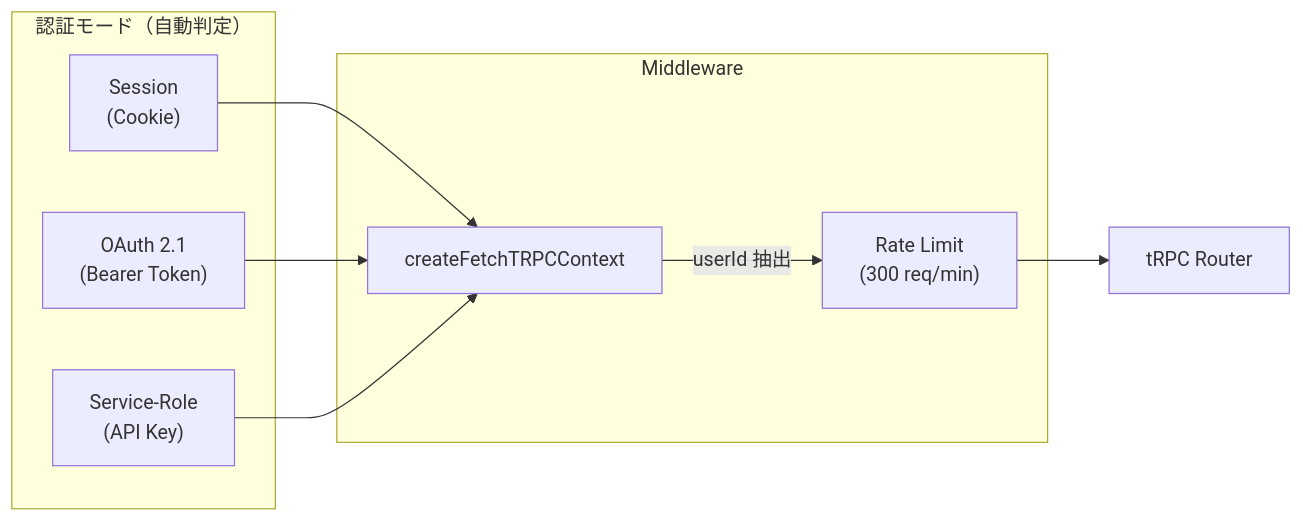
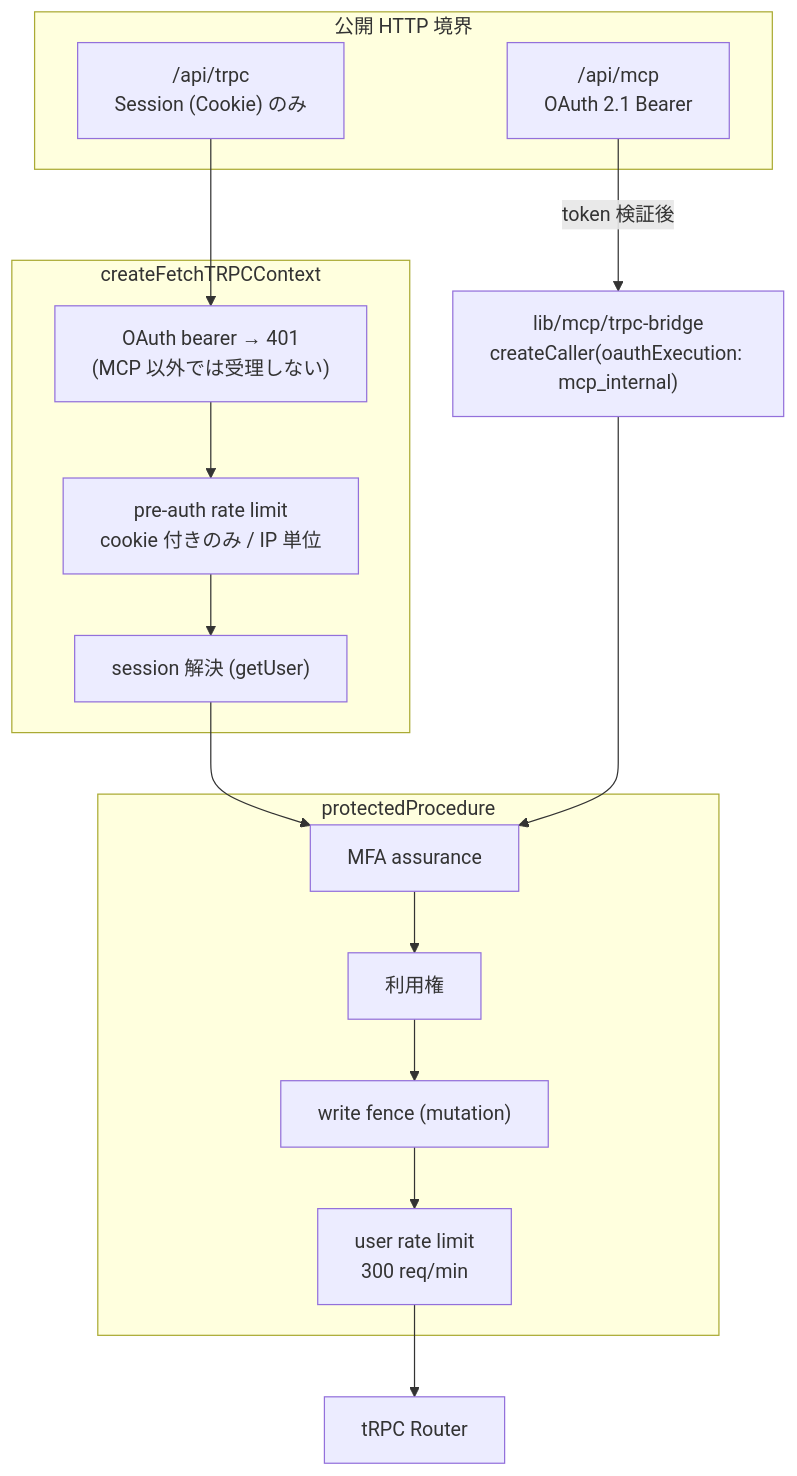
One commit to Dayopt/dayopt changed the second of 6 diagrams in docs/engineering/architecture.md. Above: the diagram before and after it, drawn with Mermaid. The commit also changed other lines of this file and 4 other files, not shown here.

````diff
--- a/docs/engineering/architecture.md
+++ b/docs/engineering/architecture.md
@@ -103,19 +107,26 @@
 ```mermaid
-graph LR
-subgraph AuthModes["認証モード（自動判定）"]
-S["Session<br/>(Cookie)"]
-O["OAuth 2.1<br/>(Bearer Token)"]
-SR["Service-Role<br/>(API Key)"]
-end
-
-    subgraph Middleware
-        CTX["createFetchTRPCContext"]
-        RL["Rate Limit<br/>(300 req/min)"]
+graph TD
+    subgraph Public["公開 HTTP 境界"]
+        TRPC["/api/trpc<br/>Session (Cookie) のみ"]
+        MCP["/api/mcp<br/>OAuth 2.1 Bearer"]
     end
 
-    S --> CTX
-    O --> CTX
-    SR --> CTX
-    CTX -->|"userId 抽出"| RL
-    RL --> Router["tRPC Router"]
+    subgraph Ctx["createFetchTRPCContext"]
+        REJECT["OAuth bearer → 401<br/>(MCP 以外では受理しない)"]
+        PRE["pre-auth rate limit<br/>cookie 付きのみ / IP 単位"]
+        SESSION["session 解決 (getUser)"]
+    end
+
+    subgraph Proc["protectedProcedure"]
+        MFA["MFA assurance"]
+        BILLING["利用権"]
+        FENCE["write fence (mutation)"]
+        RL["user rate limit<br/>300 req/min"]
+    end
+
+    BRIDGE["lib/mcp/trpc-bridge<br/>createCaller(oauthExecution: mcp_internal)"]
+
+    TRPC --> REJECT --> PRE --> SESSION --> MFA
+    MCP -->|"token 検証後"| BRIDGE --> MFA
+    MFA --> BILLING --> FENCE --> RL --> Router["tRPC Router"]
 ```
````
